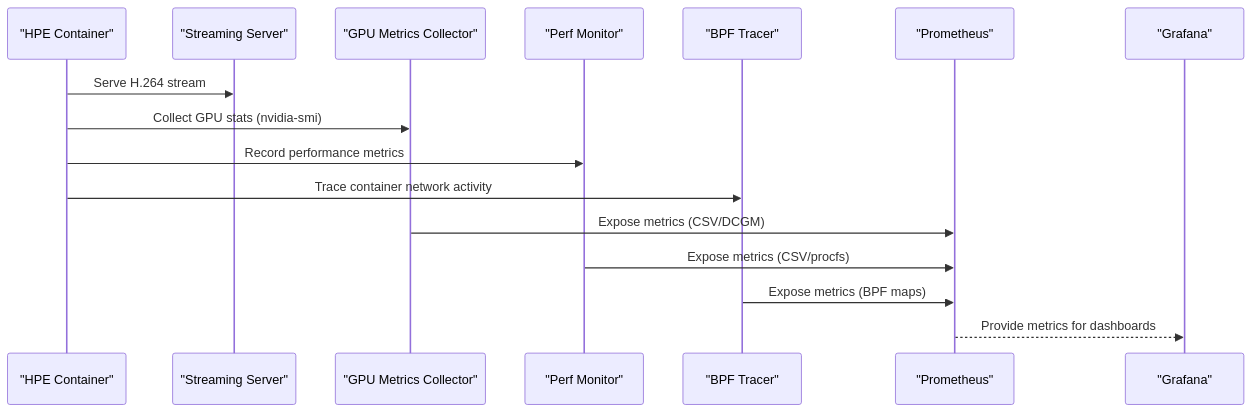
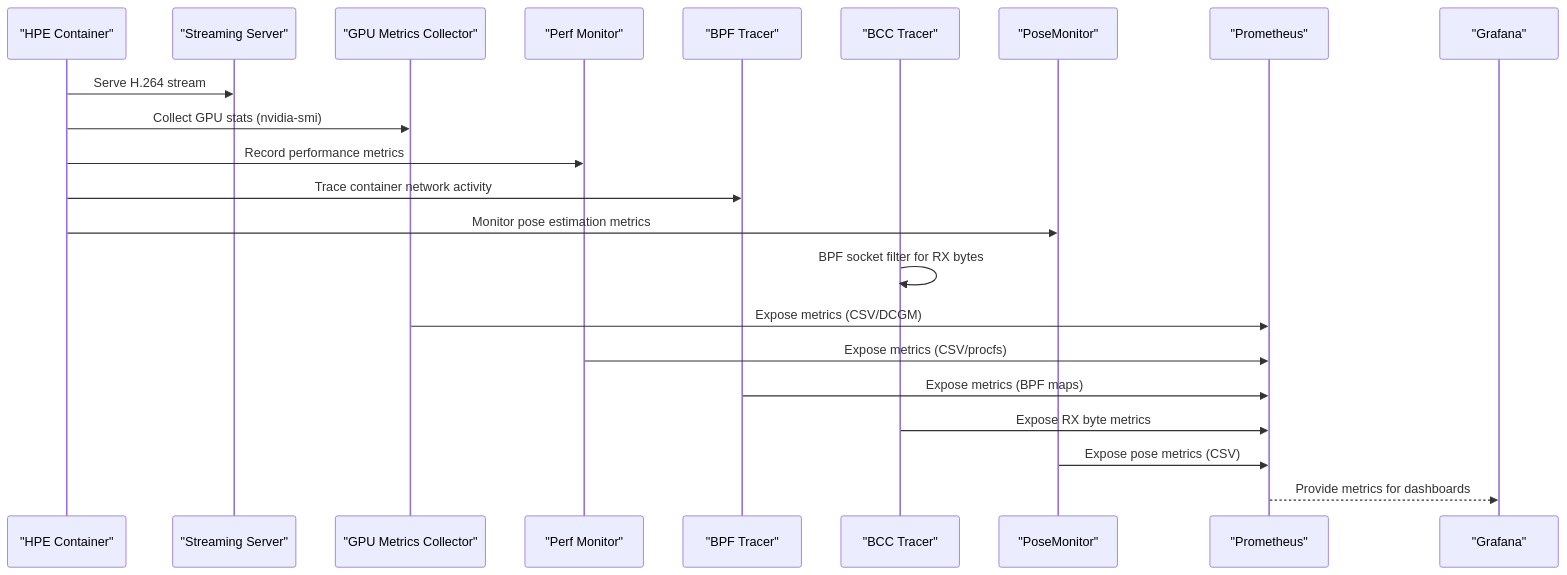
Before and after one commit to Fogus-Gr/MeasurementsDTs: the second of 6 diagrams in .qoder/repowiki/en/content/Deployment Infrastructure/Monitoring and Observability Stack.md, drawn with Mermaid. The commit also changed other lines of this file and 8 other files, not shown here.

````diff
--- a/.qoder/repowiki/en/content/Deployment Infrastructure/Monitoring and Observability Stack.md
+++ b/.qoder/repowiki/en/content/Deployment Infrastructure/Monitoring and Observability Stack.md
@@ -102,18 +135,24 @@
 ```mermaid
 sequenceDiagram
 participant HPE as "HPE Container"
 participant STREAM as "Streaming Server"
 participant GPU as "GPU Metrics Collector"
 participant PERF as "Perf Monitor"
 participant BPF as "BPF Tracer"
+participant BCC as "BCC Tracer"
+participant POSE as "PoseMonitor"
 participant PROM as "Prometheus"
 participant GRAF as "Grafana"
 HPE->>STREAM : Serve H.264 stream
 HPE->>GPU : Collect GPU stats (nvidia-smi)
 HPE->>PERF : Record performance metrics
 HPE->>BPF : Trace container network activity
+HPE->>POSE : Monitor pose estimation metrics
+BCC->>BCC : BPF socket filter for RX bytes
 GPU->>PROM : Expose metrics (CSV/DCGM)
 PERF->>PROM : Expose metrics (CSV/procfs)
 BPF->>PROM : Expose metrics (BPF maps)
+BCC->>PROM : Expose RX byte metrics
+POSE->>PROM : Expose pose metrics (CSV)
 PROM-->>GRAF : Provide metrics for dashboards
 ```
````
